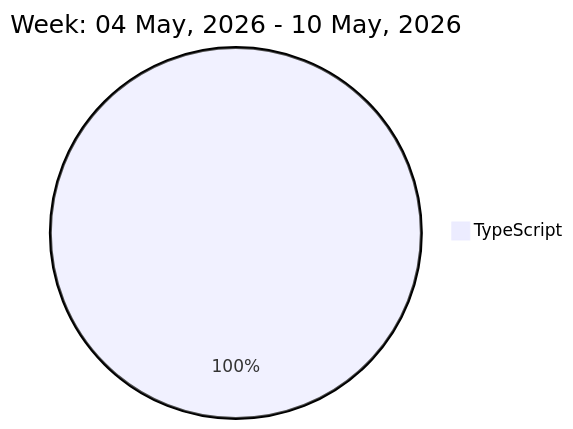
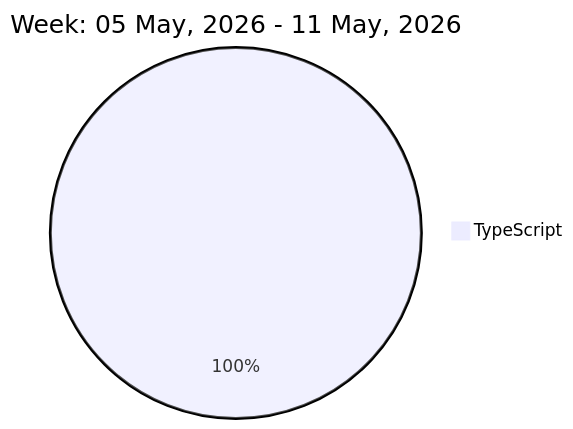
One commit to liubin95/liubin95 changed the diagram in README.md. Above: the diagram before and after it, drawn with Mermaid.

Commit message:
Updated the Graph with new Metrics

````diff
--- a/README.md
+++ b/README.md
@@ -32,5 +32,5 @@
 ```mermaid
  pie
-title Week: 04 May, 2026 - 10 May, 2026
+title Week: 05 May, 2026 - 11 May, 2026
  "TypeScript" : 9.78
 ```
````
